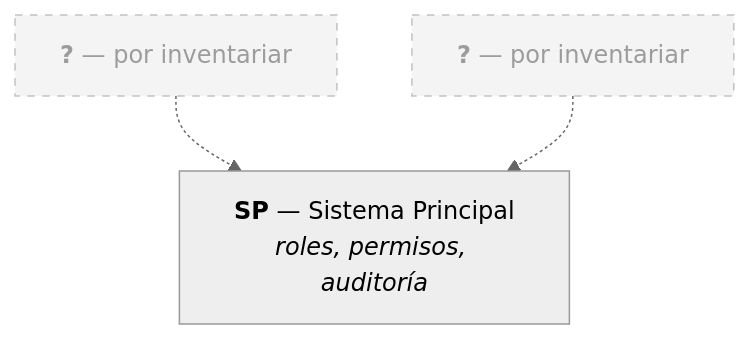
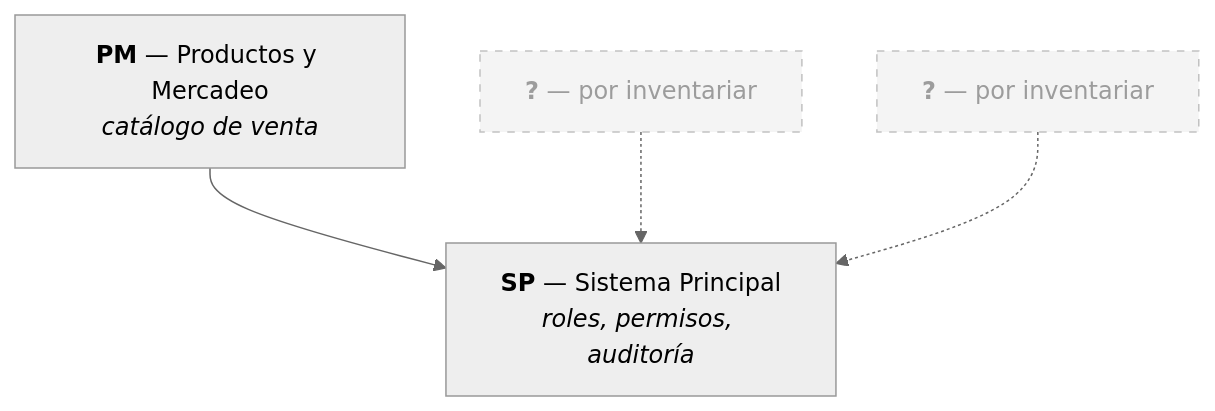
Before and after one commit to NexusPro-Dev/backend: the diagram in docs/modules.md, drawn with Mermaid (neutral theme). The commit also changed other lines of this file and 10 other files, not shown here.

````diff
--- a/docs/modules.md
+++ b/docs/modules.md
@@ -73,11 +73,14 @@
 ```mermaid
 graph TD
     SP["<b>SP</b> — Sistema Principal<br/><i>roles, permisos, auditoría</i>"]
+    PM["<b>PM</b> — Productos y Mercadeo<br/><i>catálogo de venta</i>"]
 
     C1["<b>?</b> — por inventariar"]:::pend
     C2["<b>?</b> — por inventariar"]:::pend
+
+    PM --> SP
     C1 -.-> SP
     C2 -.-> SP
 
     classDef pend stroke-dasharray: 5 5,opacity:0.6
 ```
````
